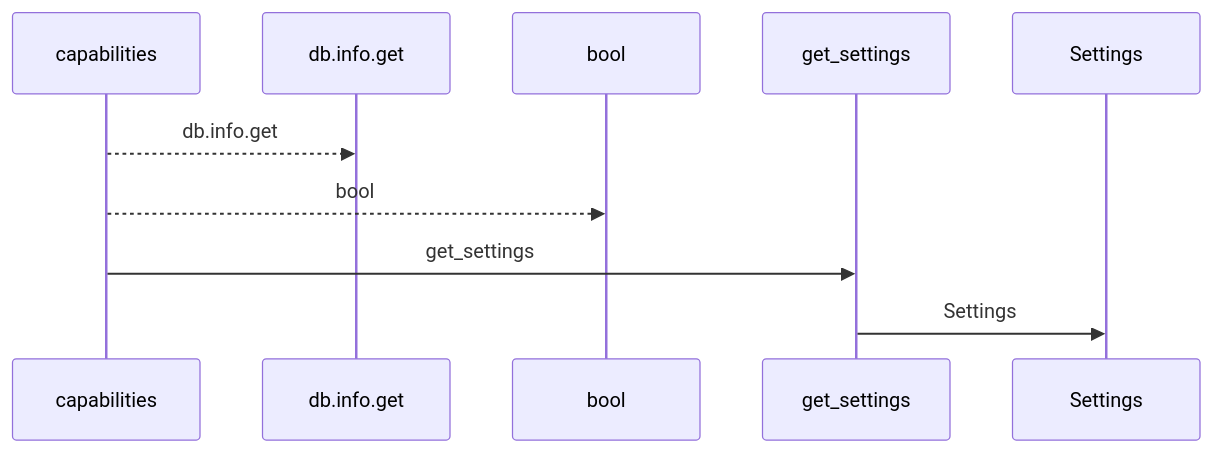
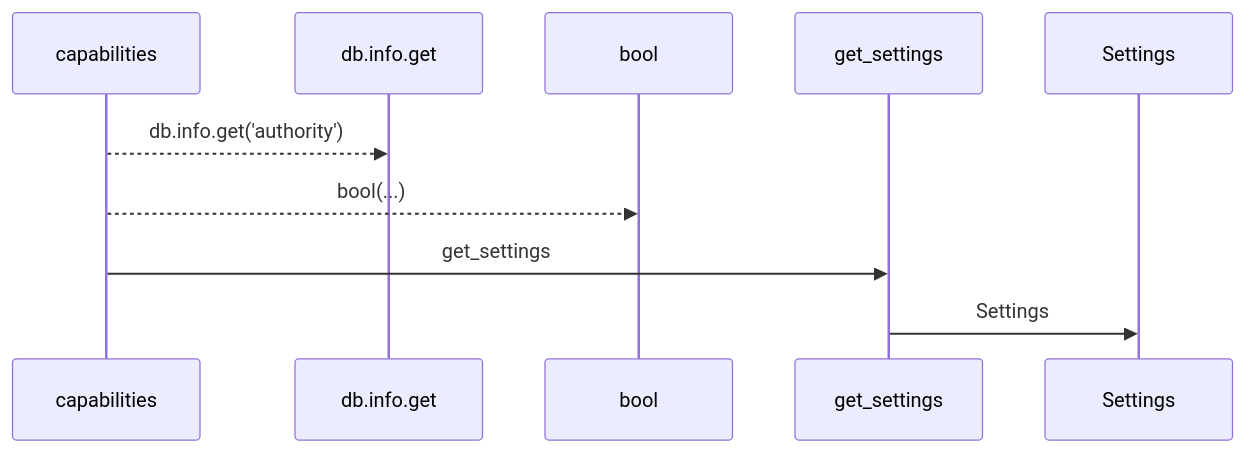
Before and after one commit to Denissvgn/WorkChord: the first of 2 diagrams in docs/llm_wiki/flows/http-capabilities.md, drawn with Mermaid. The commit also changed other lines of this file and 25171 other files, not shown here.

````diff
--- a/docs/llm_wiki/flows/http-capabilities.md
+++ b/docs/llm_wiki/flows/http-capabilities.md
@@ -10,12 +12,12 @@
 ```mermaid
 sequenceDiagram
     participant p0 as capabilities
     participant p1 as db.info.get
     participant p2 as bool
     participant p3 as get_settings
     participant p4 as Settings
-    p0-->>p1: db.info.get
-    p0-->>p2: bool
+    p0-->>p1: db.info.get('authority')
+    p0-->>p2: bool(...)
     p0->>p3: get_settings
     p3->>p4: Settings
 ```
````
